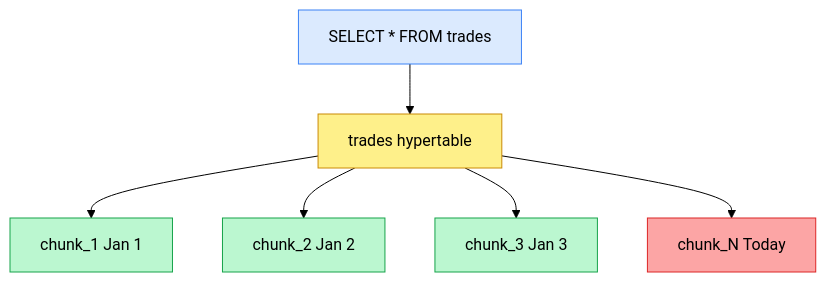
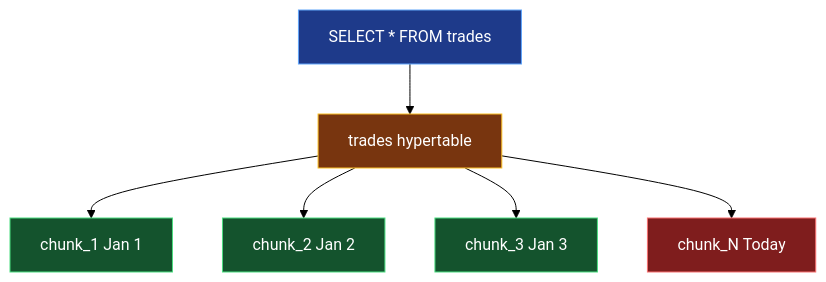
One commit to mjameer/RareLearning changed the first of 8 diagrams in DB/TimeScaleDb.md. Above: the diagram before and after it, drawn with Mermaid (forest theme). The commit also changed other lines of this file, not shown here.

````diff
--- a/DB/TimeScaleDb.md
+++ b/DB/TimeScaleDb.md
@@ -114,22 +114,22 @@
 ```mermaid
 graph TD
     Q["SELECT * FROM trades"]
     H["trades  hypertable"]
     C1["chunk_1  Jan 1"]
     C2["chunk_2  Jan 2"]
     C3["chunk_3  Jan 3"]
     CN["chunk_N  Today"]
 
     Q --> H
     H --> C1
     H --> C2
     H --> C3
     H --> CN
 
-    style Q fill:#dbeafe,stroke:#3b82f6
-    style H fill:#fef08a,stroke:#ca8a04
-    style C1 fill:#bbf7d0,stroke:#16a34a
-    style C2 fill:#bbf7d0,stroke:#16a34a
-    style C3 fill:#bbf7d0,stroke:#16a34a
-    style CN fill:#fca5a5,stroke:#dc2626
+    style Q fill:#1e3a8a,stroke:#60a5fa,color:#ffffff
+    style H fill:#78350f,stroke:#fbbf24,color:#ffffff
+    style C1 fill:#14532d,stroke:#4ade80,color:#ffffff
+    style C2 fill:#14532d,stroke:#4ade80,color:#ffffff
+    style C3 fill:#14532d,stroke:#4ade80,color:#ffffff
+    style CN fill:#7f1d1d,stroke:#f87171,color:#ffffff
 ```
````
